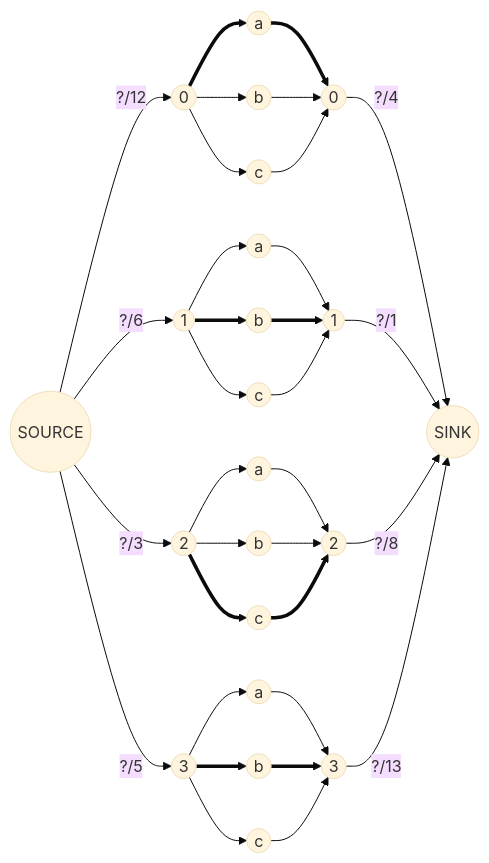
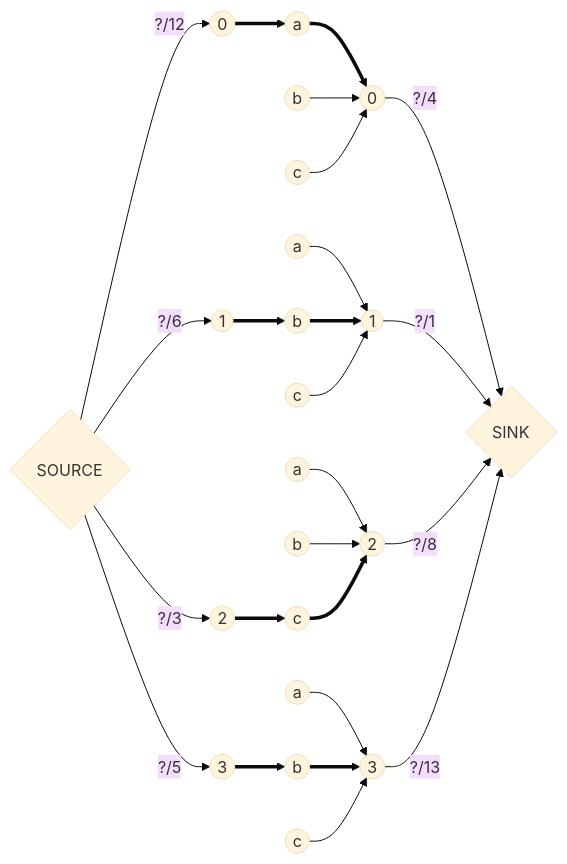
The second of 2 diagrams in vault/sem2/AuW/UE/cx/bf/cx09-bf.md (bfeitknecht/vault), drawn with Mermaid (base theme) before and after one commit.

Commit message:
vault backup: 2024-05-18 21:28:37 from MacBook Pro (echo)
Affected files:
vault/sem2/AuW/UE/cx/bf/cx09-bf.md

````diff
--- a/vault/sem2/AuW/UE/cx/bf/cx09-bf.md
+++ b/vault/sem2/AuW/UE/cx/bf/cx09-bf.md
@@ -22,68 +22,68 @@
 ```mermaid
 flowchart LR
 
-idF(("SOURCE"))
-idT(("SINK"))
+idF{"SOURCE"}
+idT{"SINK"}
 
 idf0((0))
 idf1((1))
 idf2((2))
 idf3((3))
 
 id0a((a))
 id0b((b))
 id0c((c))
 
 id1a((a))
 id1b((b))
 id1c((c))
 
 id2a((a))
 id2b((b))
 id2c((c))
 
 id3a((a))
 id3b((b))
 id3c((c))
 
 idt0((0))
 idt1((1))
 idt2((2))
 idt3((3))
 
 %%%%%%%%%%%%%%%%%%%%%%%%%%%%%%%%%%%%%%%%%%%%
 
 idF -->|"?/12"| idf0 
 idF -->|"?/6"| idf1
 idF -->|"?/3"| idf2
 idF -->|"?/5"| idf3
 
 idt0 -->|"?/4"| idT 
 idt1 -->|"?/1"| idT
 idt2 -->|"?/8"| idT
 idt3 -->|"?/13"| idT
 
 
 idf0 ==> id0a ==> idt0
-idf0 --> id0b --> idt0
-idf0 --> id0c --> idt0
+id0b --> idt0
+id0c --> idt0
 
-idf1 --> id1a --> idt1
+id1a --> idt1
 idf1 ==> id1b ==> idt1
-idf1 --> id1c --> idt1
+id1c --> idt1
 
-idf2 --> id2a --> idt2
-idf2 --> id2b --> idt2
+id2a --> idt2
+id2b --> idt2
 idf2 ==> id2c ==> idt2
 
-idf3 --> id3a --> idt3
+id3a --> idt3
 idf3 ==> id3b ==> idt3
-idf3 --> id3c --> idt3
+id3c --> idt3
 
 
 
 %%idf0 --> id1a
 %%idf1 --> id2b
 %%idf2 --> id1c
 %%idf3 --> id3a
 ```
````
